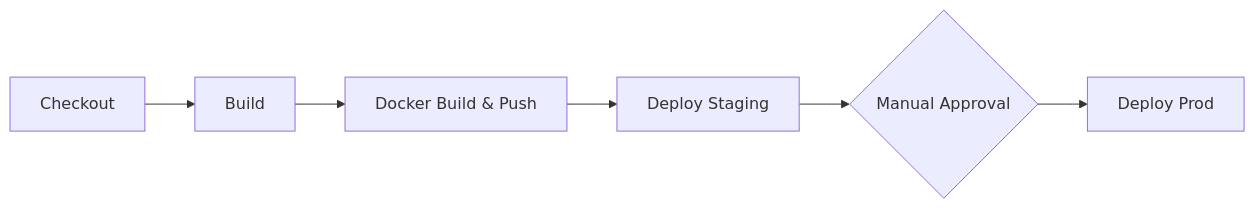
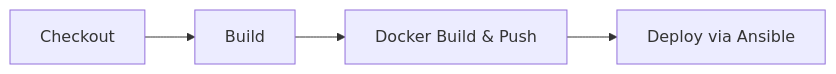
Before and after one commit to mdahamshi/top-members: the diagram in docs/ci-cd.md, drawn with Mermaid. The commit also changed other lines of this file and 2 other files, not shown here.

````diff
--- a/docs/ci-cd.md
+++ b/docs/ci-cd.md
@@ -9,8 +9,6 @@
 ```mermaid
 flowchart LR
     Checkout --> Build
     Build --> Docker[Docker Build & Push]
-    Docker --> DeployStaging[Deploy Staging]
-    DeployStaging --> Approval{Manual Approval}
-    Approval --> DeployProd[Deploy Prod]
+    Docker --> Ansible[Deploy via Ansible]
 ```
````
